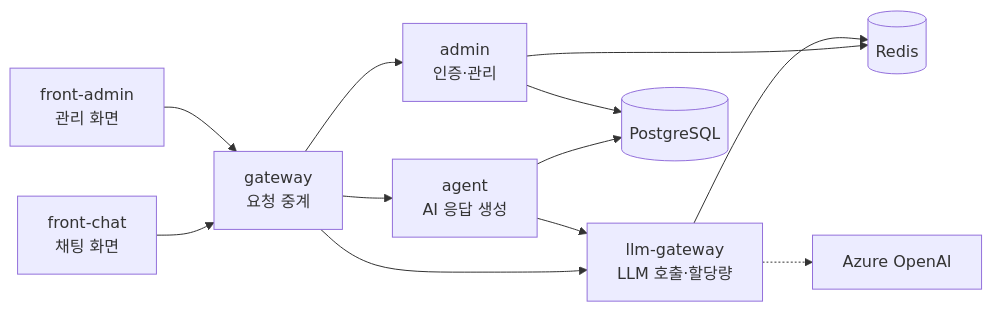
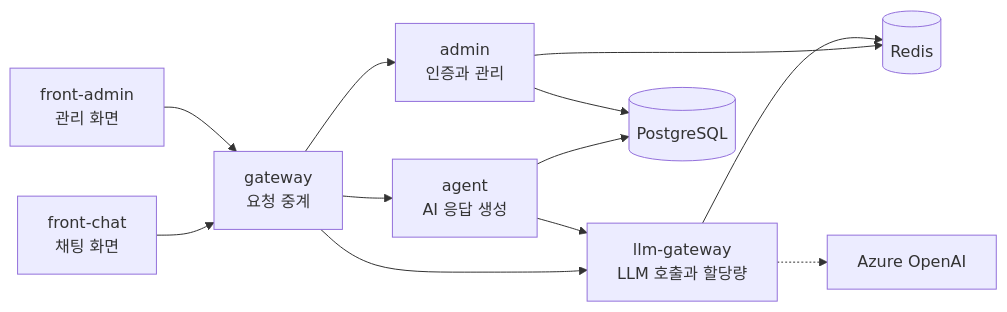
One commit to skax-jihyeryu/KubeGuardian changed the first of 2 diagrams in docs/산출물/02-문제정의및서비스기획.md. Above: the diagram before and after it, drawn with Mermaid. The commit also changed other lines of this file and 7 other files, not shown here.

````diff
--- a/docs/산출물/02-문제정의및서비스기획.md
+++ b/docs/산출물/02-문제정의및서비스기획.md
@@ -33,14 +18,14 @@
 ```mermaid
 flowchart LR
     FC[front-chat<br/>채팅 화면] --> GW[gateway<br/>요청 중계]
     FA[front-admin<br/>관리 화면] --> GW
     GW --> AG[agent<br/>AI 응답 생성]
-    GW --> AD[admin<br/>인증·관리]
-    GW --> LG[llm-gateway<br/>LLM 호출·할당량]
+    GW --> AD[admin<br/>인증과 관리]
+    GW --> LG[llm-gateway<br/>LLM 호출과 할당량]
     AG --> LG
     AG --> PG[(PostgreSQL)]
     AD --> PG
     AD --> RD[(Redis)]
     LG --> RD
     LG -.-> AOAI[Azure OpenAI]
 ```
````
